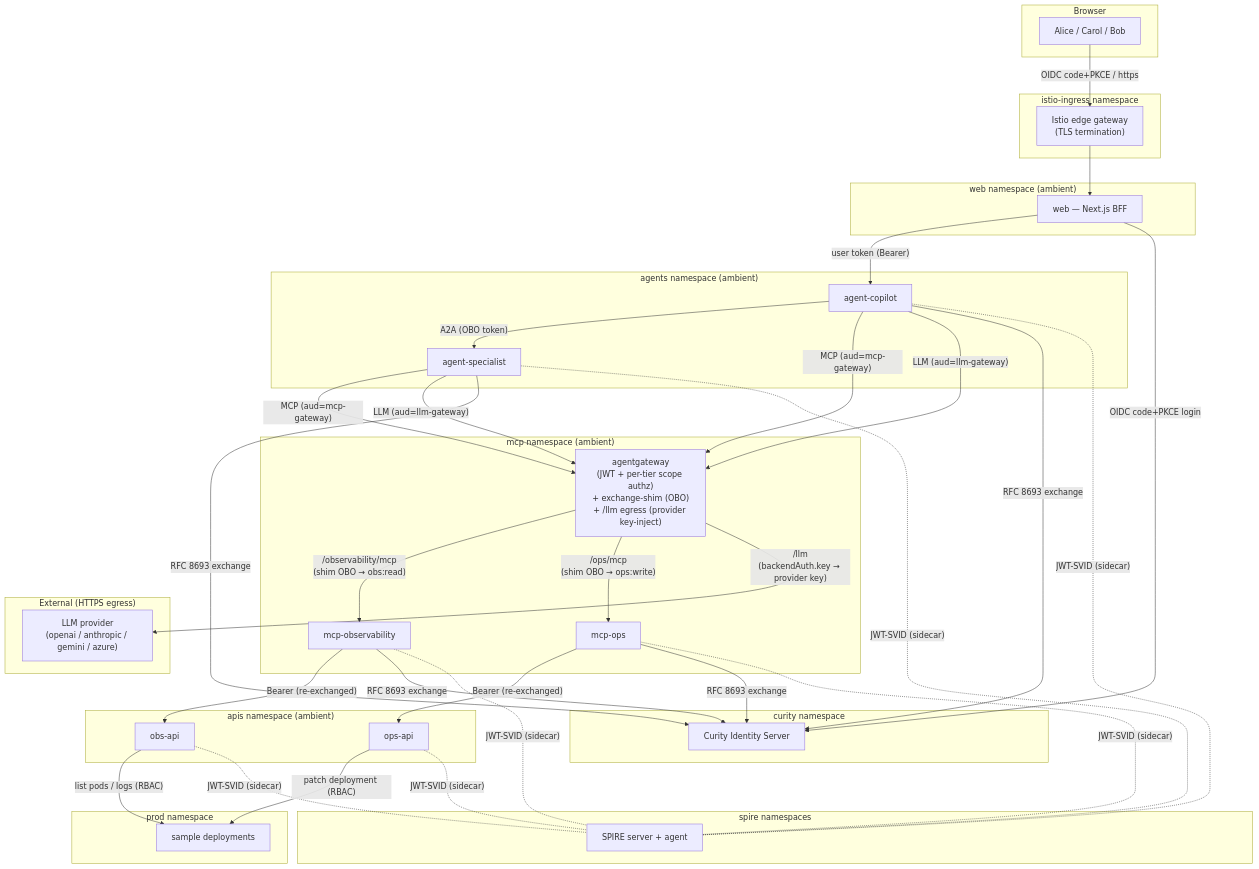
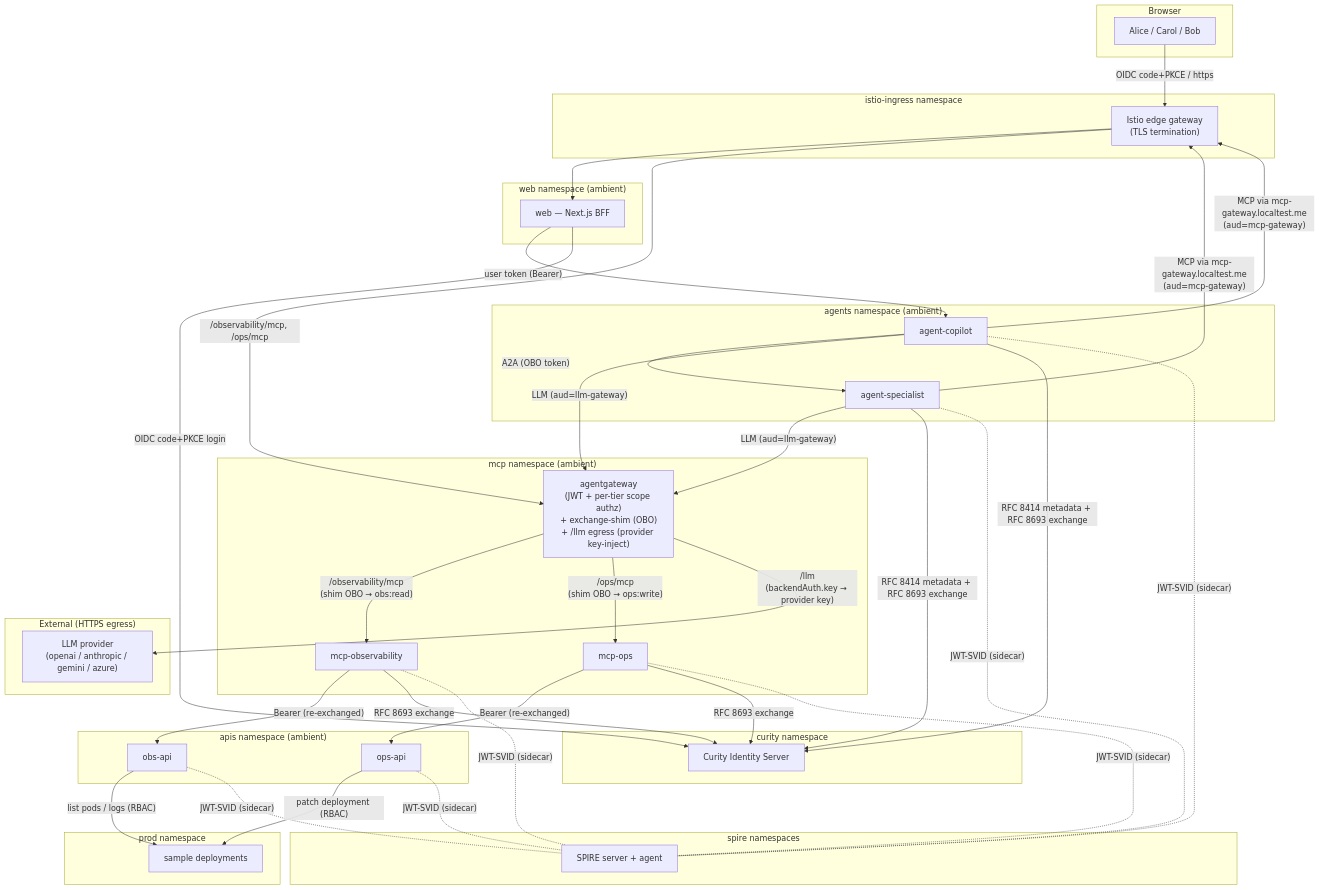
Before and after one commit to curityio/ai-agents-auth-demo: the first of 4 diagrams in docs/architecture.md, drawn with Mermaid. The commit also changed other lines of this file and 1 other file, not shown here.

````diff
--- a/docs/architecture.md
+++ b/docs/architecture.md
@@ -81,65 +77,67 @@
 ```mermaid
 flowchart TB
   subgraph browser["Browser"]
     U["Alice / Carol / Bob"]
   end
 
   subgraph ingress_ns["istio-ingress namespace"]
     GW["Istio edge gateway<br/>(TLS termination)"]
   end
 
   subgraph web_ns["web namespace (ambient)"]
     W["web — Next.js BFF"]
   end
 
   subgraph agents_ns["agents namespace (ambient)"]
     A1["agent-copilot"]
     A2["agent-specialist"]
   end
 
   subgraph mcp_ns["mcp namespace (ambient)"]
     GWY["agentgateway<br/>(JWT + per-tier scope authz)<br/>+ exchange-shim (OBO)<br/>+ /llm egress (provider key-inject)"]
     M1["mcp-observability"]
     M2["mcp-ops"]
   end
 
   subgraph apis_ns["apis namespace (ambient)"]
     B1["obs-api"]
     B2["ops-api"]
   end
 
   subgraph prod_ns["prod namespace"]
     V["sample deployments"]
   end
 
   subgraph curity_ns["curity namespace"]
     C["Curity Identity Server"]
   end
 
   subgraph spire_ns["spire namespaces"]
     S["SPIRE server + agent"]
   end
 
   subgraph external["External (HTTPS egress)"]
     LLM["LLM provider<br/>(openai / anthropic / gemini / azure)"]
   end
 
   U -- "OIDC code+PKCE / https" --> GW
   GW --> W
   W -- "user token (Bearer)" --> A1
   A1 -- "A2A (OBO token)" --> A2
-  A1 -- "MCP (aud=mcp-gateway)" --> GWY
-  A2 -- "MCP (aud=mcp-gateway)" --> GWY
+  A1 -- "MCP via mcp-gateway.localtest.me<br/>(aud=mcp-gateway)" --> GW
+  A2 -- "MCP via mcp-gateway.localtest.me<br/>(aud=mcp-gateway)" --> GW
+  GW -- "/observability/mcp, /ops/mcp" --> GWY
   A1 -- "LLM (aud=llm-gateway)" --> GWY
   A2 -- "LLM (aud=llm-gateway)" --> GWY
   GWY -- "/observability/mcp<br/>(shim OBO → obs:read)" --> M1
   GWY -- "/ops/mcp<br/>(shim OBO → ops:write)" --> M2
   GWY -- "/llm<br/>(backendAuth.key → provider key)" --> LLM
   M1 -- "Bearer (re-exchanged)" --> B1
   M2 -- "Bearer (re-exchanged)" --> B2
   B1 -- "list pods / logs (RBAC)" --> V
   B2 -- "patch deployment (RBAC)" --> V
   W -- "OIDC code+PKCE login" --> C
-  A1 & A2 & M1 & M2 -- "RFC 8693 exchange" --> C
+  A1 & A2 -- "RFC 8414 metadata + RFC 8693 exchange" --> C
+  M1 & M2 -- "RFC 8693 exchange" --> C
   B1 & B2 & A1 & A2 & M1 & M2 -. "JWT-SVID (sidecar)" .- S
 ```
````
